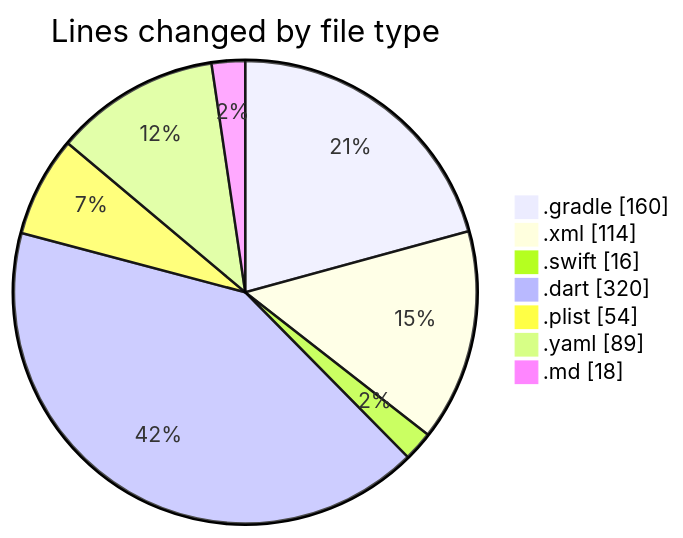
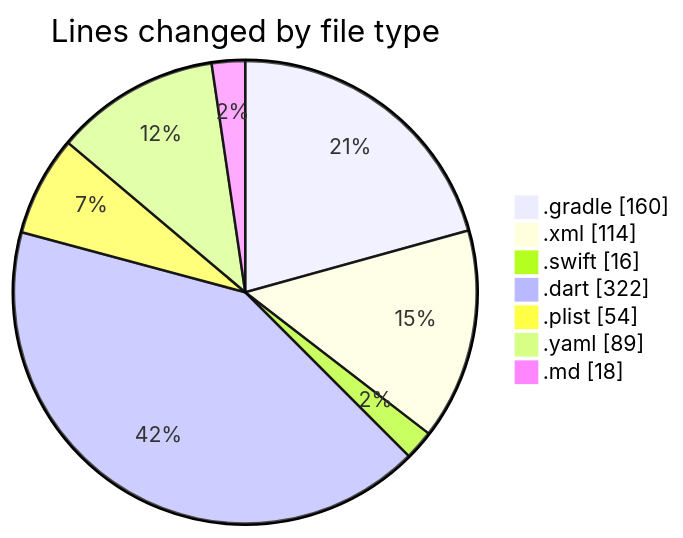
Before and after one commit to donsfak/code-tracking: the first of 2 diagrams in 2025-01-01/uber_clone/README.md, drawn with Mermaid. The commit also changed other lines of this file and 1 other file, not shown here.

````diff
--- a/2025-01-01/uber_clone/README.md
+++ b/2025-01-01/uber_clone/README.md
@@ -30,11 +30,11 @@
 ```mermaid
 pie showData
 title Lines changed by file type
 ".gradle" : 160
 ".xml" : 114
 ".swift" : 16
-".dart" : 320
+".dart" : 322
 ".plist" : 54
 ".yaml" : 89
 ".md" : 18
 ```
````
